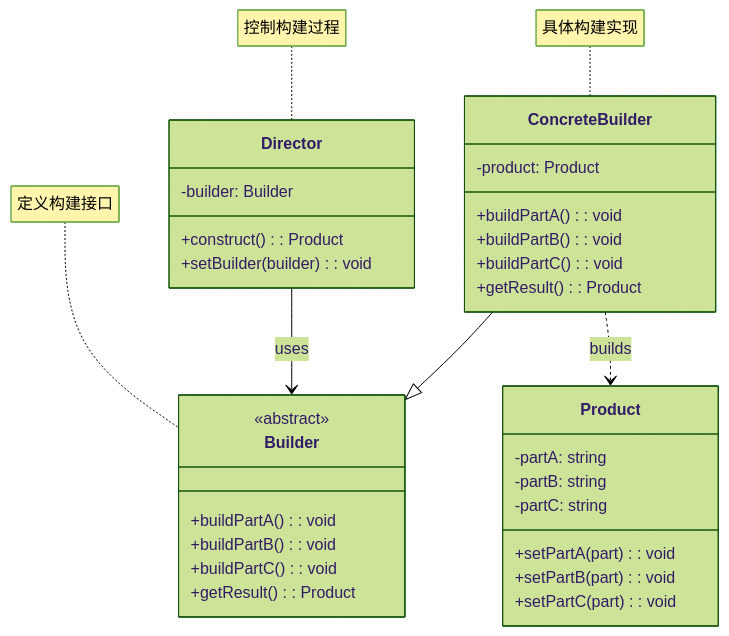
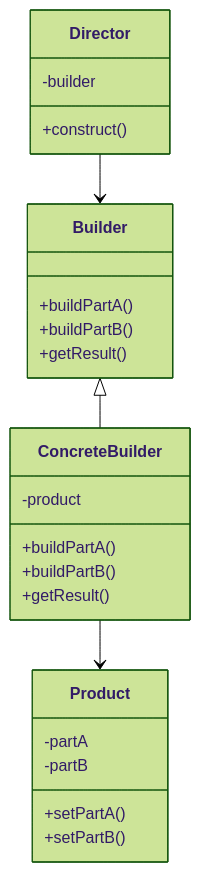
One commit to fanly/DesignPattern changed the first of 2 diagrams in resources/design-patterns/laravel/creational/builder_zh.md. Above: the diagram before and after it, drawn with Mermaid (forest theme). The commit also changed other lines of this file and 103 other files, not shown here.

````diff
--- a/resources/design-patterns/laravel/creational/builder_zh.md
+++ b/resources/design-patterns/laravel/creational/builder_zh.md
@@ -10,41 +22,31 @@
 ```mermaid
 classDiagram
     class Director {
-        -builder: Builder
-        +construct(): Product
-        +setBuilder(builder): void
+        -builder
+        +construct()
     }
     
     class Builder {
-        <<abstract>>
-        +buildPartA(): void
-        +buildPartB(): void
-        +buildPartC(): void
-        +getResult(): Product
+        +buildPartA()
+        +buildPartB()
+        +getResult()
     }
     
     class ConcreteBuilder {
-        -product: Product
-        +buildPartA(): void
-        +buildPartB(): void
-        +buildPartC(): void
-        +getResult(): Product
+        -product
+        +buildPartA()
+        +buildPartB()
+        +getResult()
     }
     
     class Product {
-        -partA: string
-        -partB: string
-        -partC: string
-        +setPartA(part): void
-        +setPartB(part): void
-        +setPartC(part): void
+        -partA
+        -partB
+        +setPartA()
+        +setPartB()
     }
     
-    Director --> Builder : uses
-    ConcreteBuilder --|> Builder
-    ConcreteBuilder ..> Product : builds
-    
-    note for Director "控制构建过程"
-    note for Builder "定义构建接口"
-    note for ConcreteBuilder "具体构建实现"
+    Director --> Builder
+    Builder <|-- ConcreteBuilder
+    ConcreteBuilder --> Product
 ```
````
